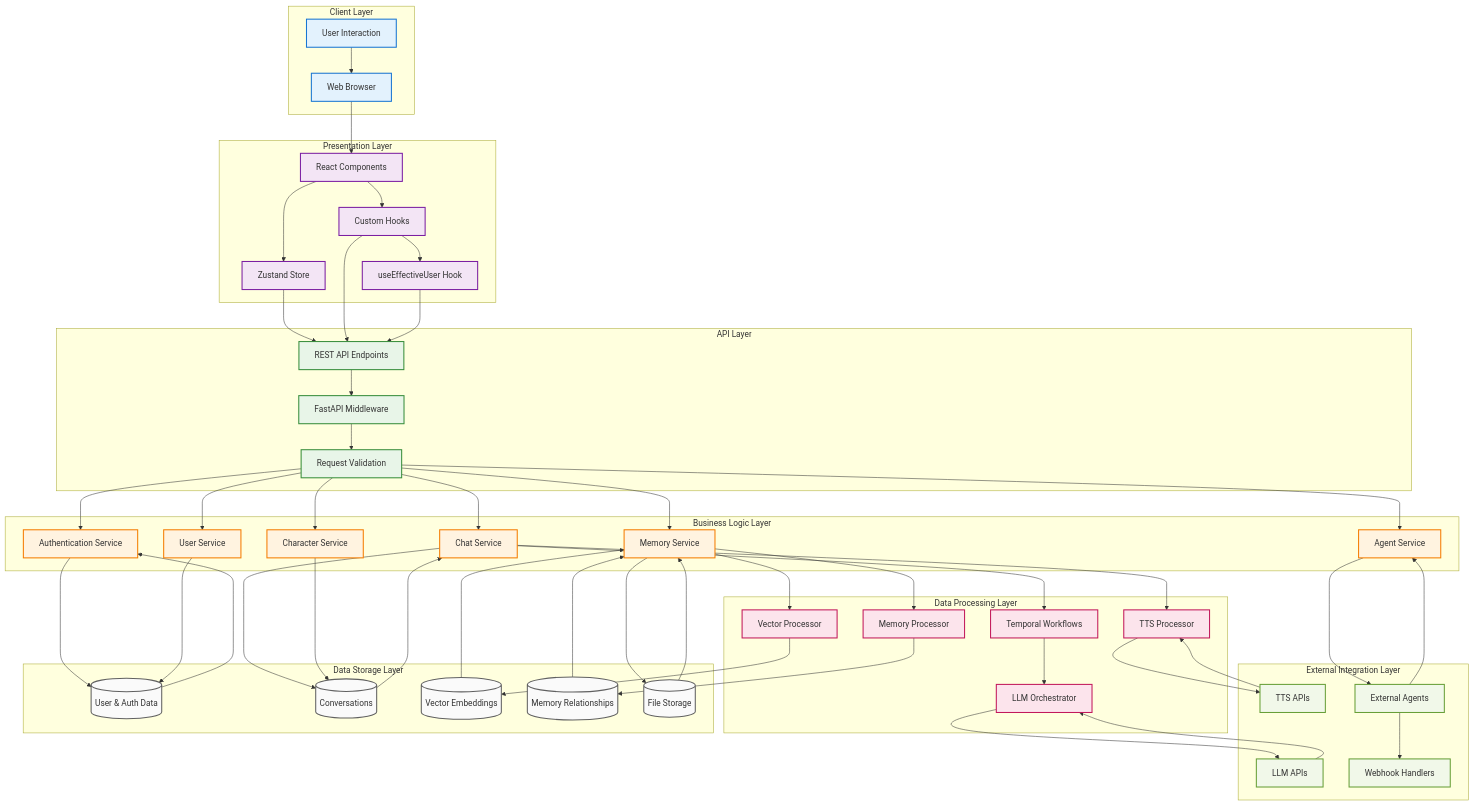
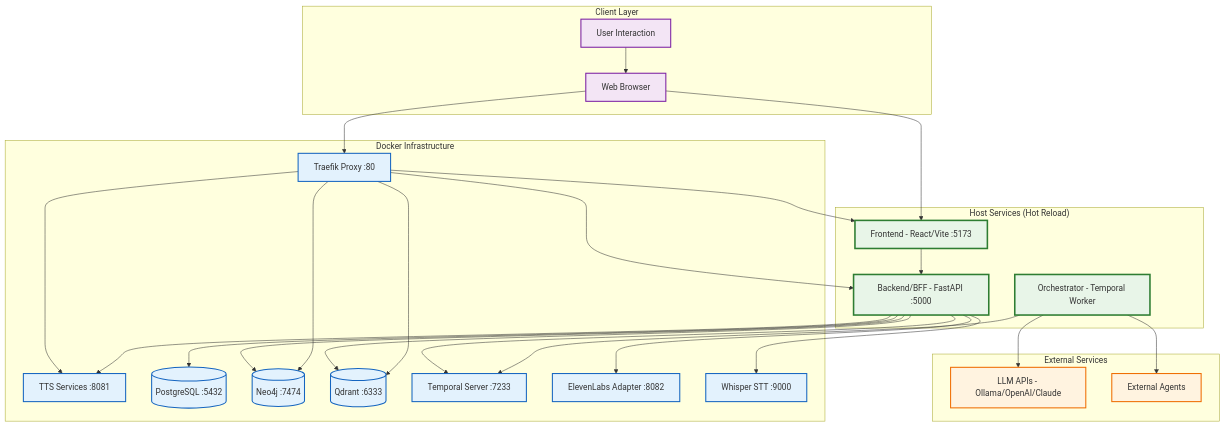
One commit to SweetingTech/SwAIvyn changed the second of 7 diagrams in docs/comprehensive-network-diagrams.md. Above: the diagram before and after it, drawn with Mermaid. The commit also changed other lines of this file and 8 other files, not shown here.

````diff
--- a/docs/comprehensive-network-diagrams.md
+++ b/docs/comprehensive-network-diagrams.md
@@ -127,118 +127,61 @@
         BROWSER[Web Browser]
     end
     
-    subgraph "Presentation Layer"
-        UI[React Components]
-        STATE[Zustand Store]
-        HOOKS[Custom Hooks]
-        AUTH_HOOK[useEffectiveUser Hook]
+    subgraph "Host Services (Hot Reload)"
+        FRONTEND[Frontend - React/Vite :5173]
+        BFF[Backend/BFF - FastAPI :5000]
+        ORCHESTRATOR[Orchestrator - Temporal Worker]
     end
     
-    subgraph "API Layer"
-        REST[REST API Endpoints]
-        MIDDLEWARE[FastAPI Middleware]
-        VALIDATION[Request Validation]
+    subgraph "Docker Infrastructure"
+        TRAEFIK[Traefik Proxy :80]
+        TTS[TTS Services :8081]
+        POSTGRES[(PostgreSQL :5432)]
+        NEO4J[(Neo4j :7474)]
+        QDRANT[(Qdrant :6333)]
+        TEMPORAL[Temporal Server :7233]
+        ELEVENLABS[ElevenLabs Adapter :8082]
+        WHISPER[Whisper STT :9000]
     end
     
-    subgraph "Business Logic Layer"
-        AUTH_SERVICE[Authentication Service]
-        CHAT_SERVICE[Chat Service]
-        CHARACTER_SERVICE[Character Service]
-        AGENT_SERVICE[Agent Service]
-        USER_SERVICE[User Service]
-        MEMORY_SERVICE[Memory Service]
+    subgraph "External Services"
+        LLM_APIS[LLM APIs - Ollama/OpenAI/Claude]
+        EXTERNAL_AGENTS[External Agents]
     end
     
-    subgraph "Data Processing Layer"
-        WORKFLOW_ENGINE[Temporal Workflows]
-        LLM_ORCHESTRATOR[LLM Orchestrator]
-        TTS_PROCESSOR[TTS Processor]
-        VECTOR_PROCESSOR[Vector Processor]
-        MEMORY_PROCESSOR[Memory Processor]
-    end
+    %% Client connections
+    U --> BROWSER
+    BROWSER --> FRONTEND
+    BROWSER --> TRAEFIK
     
-    subgraph "External Integration Layer"
-        LLM_APIS[LLM APIs]
-        TTS_APIS[TTS APIs]
-        EXTERNAL_AGENTS[External Agents]
-        WEBHOOKS[Webhook Handlers]
-    end
+    %% Host service connections
+    FRONTEND --> BFF
+    BFF --> POSTGRES
+    BFF --> NEO4J  
+    BFF --> QDRANT
+    BFF --> TEMPORAL
+    ORCHESTRATOR --> TEMPORAL
+    ORCHESTRATOR --> LLM_APIS
     
-    subgraph "Data Storage Layer"
-        USER_DATA[(User & Auth Data)]
-        CHAT_DATA[(Conversations)]
-        VECTOR_DATA[(Vector Embeddings)]
-        GRAPH_DATA[(Memory Relationships)]
-        FILE_DATA[(File Storage)]
-    end
-    
-    %% Data Flow Connections
-    U --> BROWSER
-    BROWSER --> UI
-    UI --> STATE
-    UI --> HOOKS
-    HOOKS --> AUTH_HOOK
-    
-    STATE --> REST
-    HOOKS --> REST
-    AUTH_HOOK --> REST
-    
-    REST --> MIDDLEWARE
-    MIDDLEWARE --> VALIDATION
-    VALIDATION --> AUTH_SERVICE
-    VALIDATION --> CHAT_SERVICE
-    VALIDATION --> CHARACTER_SERVICE
-    VALIDATION --> AGENT_SERVICE
-    VALIDATION --> USER_SERVICE
-    VALIDATION --> MEMORY_SERVICE
-    
-    CHAT_SERVICE --> WORKFLOW_ENGINE
-    WORKFLOW_ENGINE --> LLM_ORCHESTRATOR
-    LLM_ORCHESTRATOR --> LLM_APIS
-    
-    CHAT_SERVICE --> TTS_PROCESSOR
-    TTS_PROCESSOR --> TTS_APIS
-    
-    MEMORY_SERVICE --> VECTOR_PROCESSOR
-    VECTOR_PROCESSOR --> VECTOR_DATA
-    
-    MEMORY_SERVICE --> MEMORY_PROCESSOR
-    MEMORY_PROCESSOR --> GRAPH_DATA
-    
-    AGENT_SERVICE --> EXTERNAL_AGENTS
-    EXTERNAL_AGENTS --> WEBHOOKS
-    
-    AUTH_SERVICE --> USER_DATA
-    CHAT_SERVICE --> CHAT_DATA
-    CHARACTER_SERVICE --> CHAT_DATA
-    USER_SERVICE --> USER_DATA
-    MEMORY_SERVICE --> FILE_DATA
-    
-    %% Return flows
-    USER_DATA --> AUTH_SERVICE
-    CHAT_DATA --> CHAT_SERVICE
-    VECTOR_DATA --> MEMORY_SERVICE
-    GRAPH_DATA --> MEMORY_SERVICE
-    FILE_DATA --> MEMORY_SERVICE
-    
-    LLM_APIS --> LLM_ORCHESTRATOR
-    TTS_APIS --> TTS_PROCESSOR
-    EXTERNAL_AGENTS --> AGENT_SERVICE
+    %% Docker infrastructure connections
+    TRAEFIK --> FRONTEND
+    TRAEFIK --> BFF
+    TRAEFIK --> TTS
+    TRAEFIK --> NEO4J
+    TRAEFIK --> QDRANT
+    BFF --> TTS
+    BFF --> ELEVENLABS
+    BFF --> WHISPER
+    ORCHESTRATOR --> EXTERNAL_AGENTS
     
     %% Styling
-    classDef client fill:#e3f2fd,stroke:#1976d2,stroke-width:2px
-    classDef presentation fill:#f3e5f5,stroke:#7b1fa2,stroke-width:2px
-    classDef api fill:#e8f5e8,stroke:#388e3c,stroke-width:2px
-    classDef business fill:#fff3e0,stroke:#f57c00,stroke-width:2px
-    classDef processing fill:#fce4ec,stroke:#c2185b,stroke-width:2px
-    classDef external fill:#f1f8e9,stroke:#689f38,stroke-width:2px
-    classDef storage fill:#fafafa,stroke:#616161,stroke-width:2px
+    classDef host fill:#e8f5e8,stroke:#2e7d32,stroke-width:3px
+    classDef docker fill:#e3f2fd,stroke:#1565c0,stroke-width:2px
+    classDef external fill:#fff3e0,stroke:#ef6c00,stroke-width:2px
+    classDef client fill:#f3e5f5,stroke:#7b1fa2,stroke-width:2px
     
+    class FRONTEND,BFF,ORCHESTRATOR host
+    class TRAEFIK,TTS,POSTGRES,NEO4J,QDRANT,TEMPORAL,ELEVENLABS,WHISPER docker
+    class LLM_APIS,EXTERNAL_AGENTS external
     class U,BROWSER client
-    class UI,STATE,HOOKS,AUTH_HOOK presentation
-    class REST,MIDDLEWARE,VALIDATION api
-    class AUTH_SERVICE,CHAT_SERVICE,CHARACTER_SERVICE,AGENT_SERVICE,USER_SERVICE,MEMORY_SERVICE business
-    class WORKFLOW_ENGINE,LLM_ORCHESTRATOR,TTS_PROCESSOR,VECTOR_PROCESSOR,MEMORY_PROCESSOR processing
-    class LLM_APIS,TTS_APIS,EXTERNAL_AGENTS,WEBHOOKS external
-    class USER_DATA,CHAT_DATA,VECTOR_DATA,GRAPH_DATA,FILE_DATA storage
 ```
````
